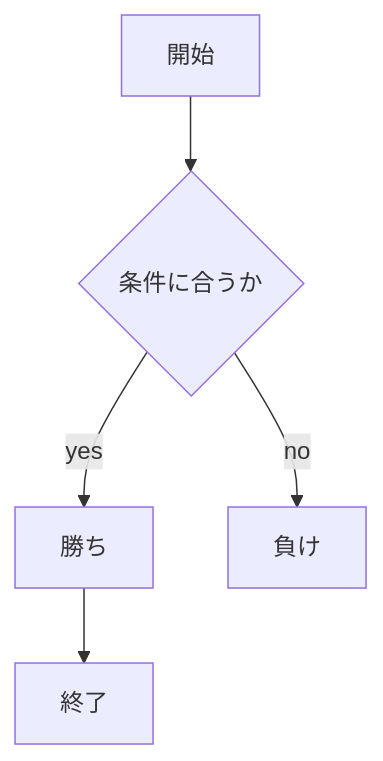
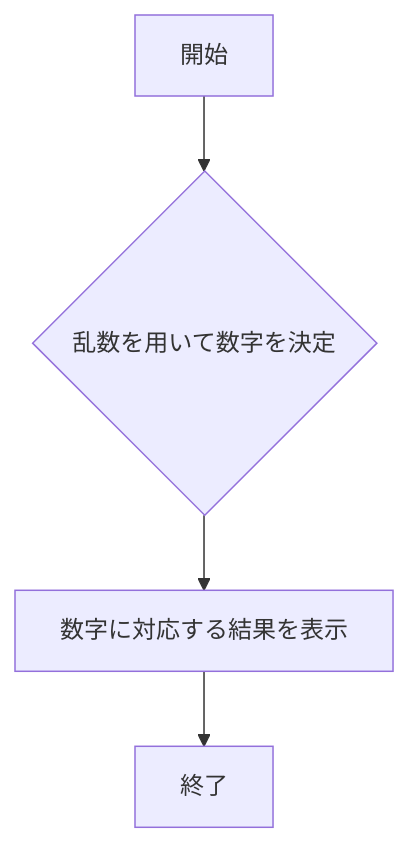
The second of 3 diagrams in README.md (tubuanko/webpro_06), drawn with Mermaid before and after one commit. The commit also changed other lines of this file and 6 other files, not shown here.

````diff
--- a/README.md
+++ b/README.md
@@ -20,14 +91,13 @@
 ```mermaid
 flowchart TD;
 start["開始"];
+random{"乱数を用いて数字を決定"}
+数字に対応する結果を表示
 end1["終了"]
-if{"条件に合うか"}
-win["勝ち"]
-loose["負け"]
+random{"乱数を用いて数字を決定"}
 
-start --> if
-if -->|yes| win
-win --> end1
-if -->|no| loose
+
+start --> random　--> 数字に対応する結果を表示
+-->end1
 
 ```
````
